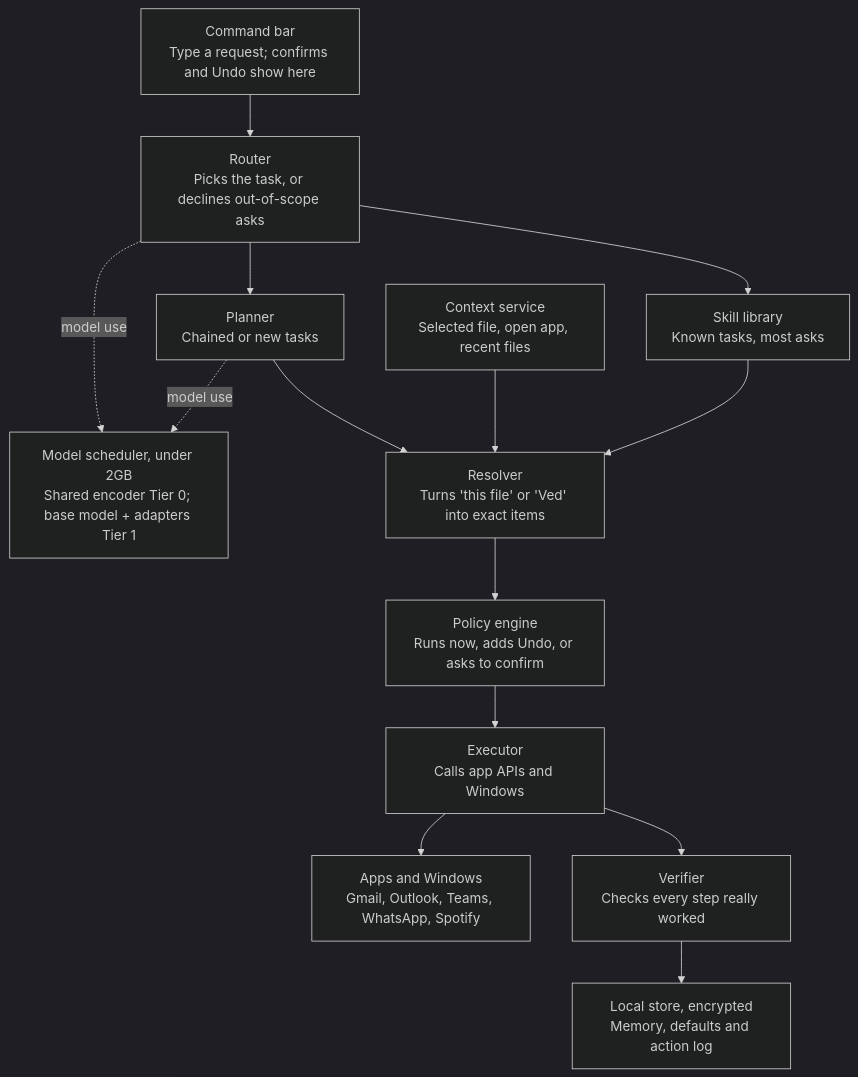
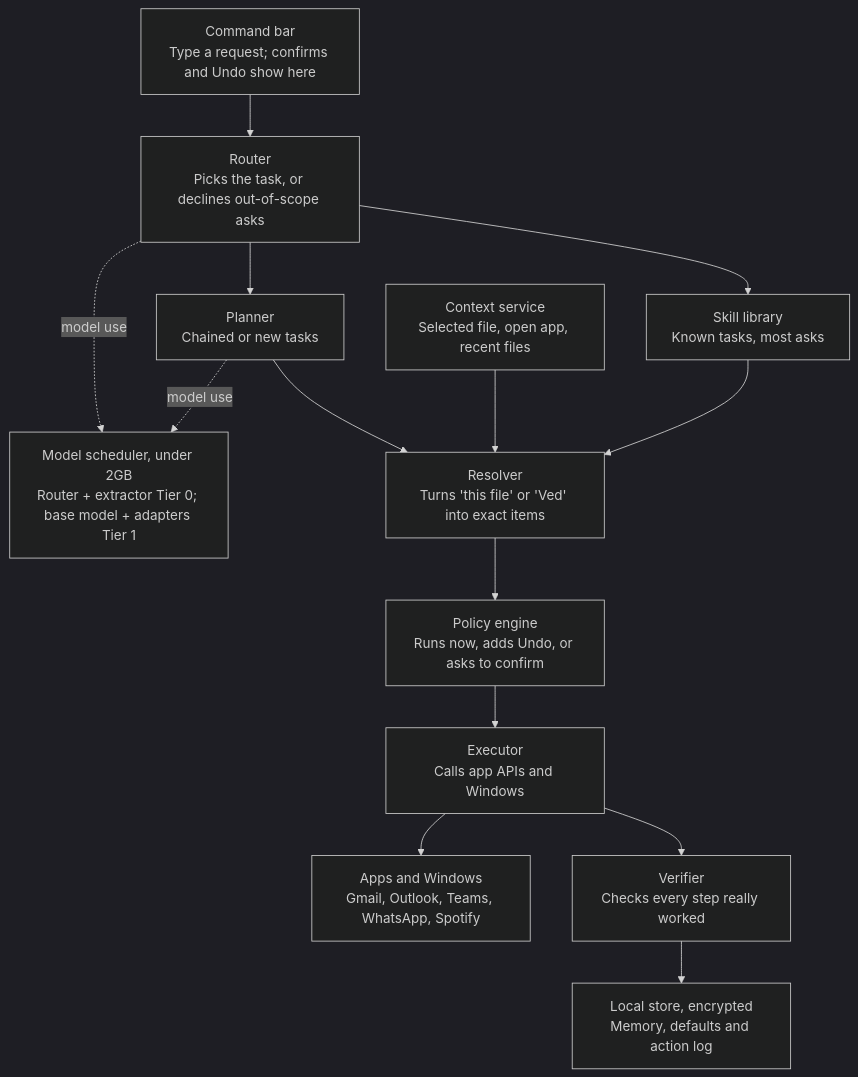
The first of 2 diagrams in docs/02-design/6 - High-Level Design.md (vednarvekar/jitmo), drawn with Mermaid (dark theme) before and after one commit. The commit also changed other lines of this file and 4 other files, not shown here.

````diff
--- a/docs/02-design/6 - High-Level Design.md
+++ b/docs/02-design/6 - High-Level Design.md
@@ -22,26 +22,26 @@
 ```mermaid
 flowchart TD
     A[Command bar<br/>Type a request; confirms and Undo show here]
     B[Router<br/>Picks the task, or declines out-of-scope asks]
     C[Skill library<br/>Known tasks, most asks]
     D[Planner<br/>Chained or new tasks]
     E[Resolver<br/>Turns 'this file' or 'Ved' into exact items]
     F[Policy engine<br/>Runs now, adds Undo, or asks to confirm]
     G[Executor<br/>Calls app APIs and Windows]
     H[Verifier<br/>Checks every step really worked]
-    I[Model scheduler, under 2GB<br/>Shared encoder Tier 0; base model + adapters Tier 1]
+    I[Model scheduler, under 2GB<br/>Router + extractor Tier 0; base model + adapters Tier 1]
     J[Context service<br/>Selected file, open app, recent files]
     K[Apps and Windows<br/>Gmail, Outlook, Teams, WhatsApp, Spotify]
     L[Local store, encrypted<br/>Memory, defaults and action log]
     A --> B
     B --> C
     B --> D
     C --> E
     D --> E
     E --> F --> G --> H
     B -. model use .-> I
     D -. model use .-> I
     J --> E
     G --> K
     H --> L
 ```
````
